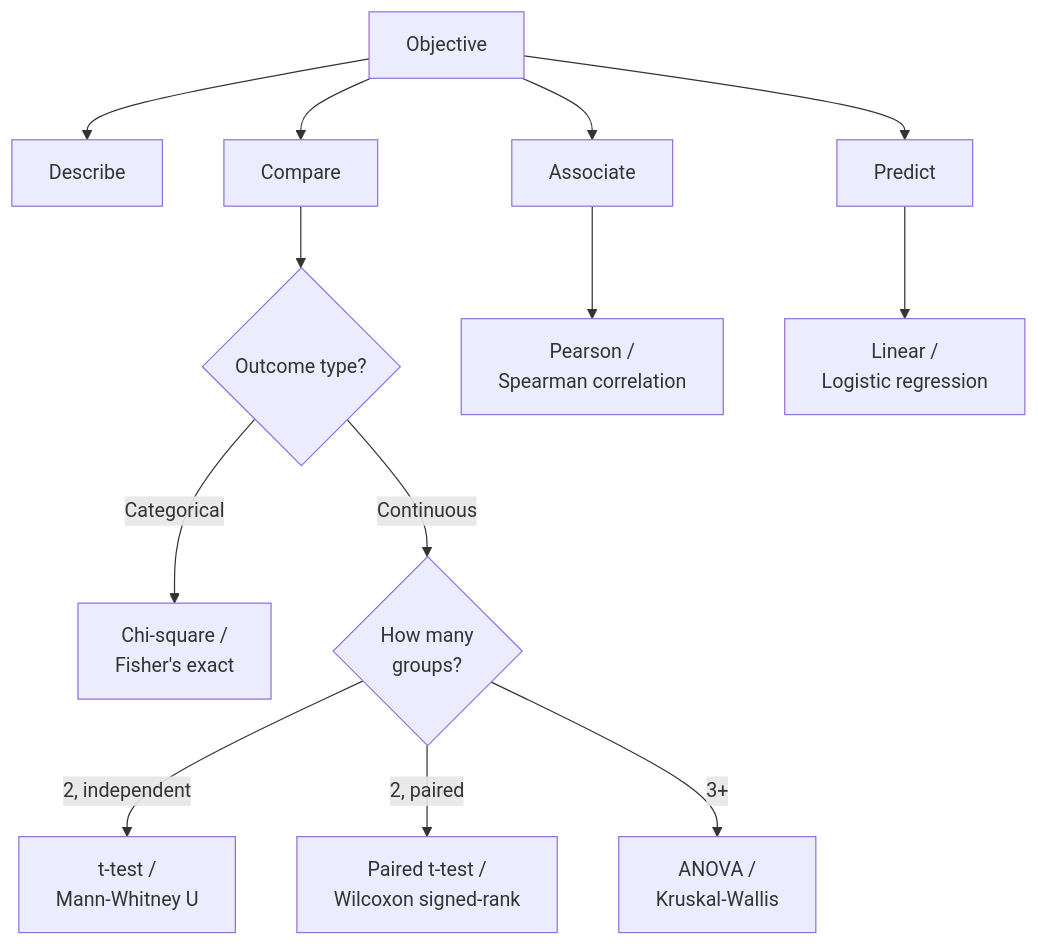
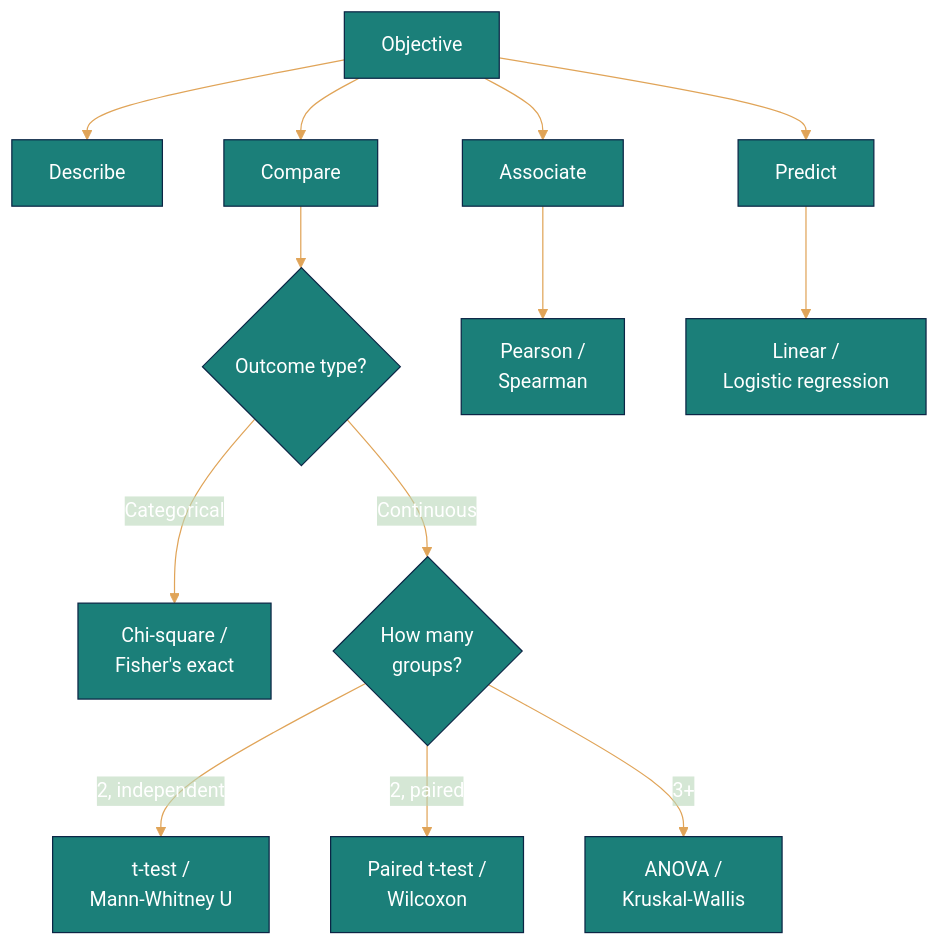
One commit to stephenbalogun/research-data-analysis-workshop changed the seventh of 8 diagrams in index.qmd. Above: the diagram before and after it, drawn with Mermaid. The commit also changed other lines of this file and 378 other files, not shown here.

````diff
--- a/index.qmd
+++ b/index.qmd
@@ -884,15 +888,16 @@
 ```{mermaid}
+%%{init: {'theme':'base', 'themeVariables': { 'primaryColor':'#1B7F79','primaryTextColor':'#ffffff','primaryBorderColor':'#0B2545','lineColor':'#E0A458','secondaryColor':'#bad7ba33'}}}%%
 flowchart TD
   Obj[Objective] --> Desc[Describe]
   Obj --> Comp[Compare]
   Obj --> Assoc[Associate]
   Obj --> Pred[Predict]
   Comp --> OutType{Outcome type?}
   OutType -->|Categorical| Cat[Chi-square /<br>Fisher's exact]
   OutType -->|Continuous| Groups{How many<br>groups?}
   Groups -->|2, independent| T1[t-test /<br>Mann-Whitney U]
-  Groups -->|2, paired| T2[Paired t-test /<br>Wilcoxon signed-rank]
+  Groups -->|2, paired| T2[Paired t-test /<br>Wilcoxon]
   Groups -->|3+| T3[ANOVA /<br>Kruskal-Wallis]
-  Assoc --> Corr[Pearson /<br>Spearman correlation]
+  Assoc --> Corr[Pearson /<br>Spearman]
   Pred --> Reg[Linear /<br>Logistic regression]
 ```
````
